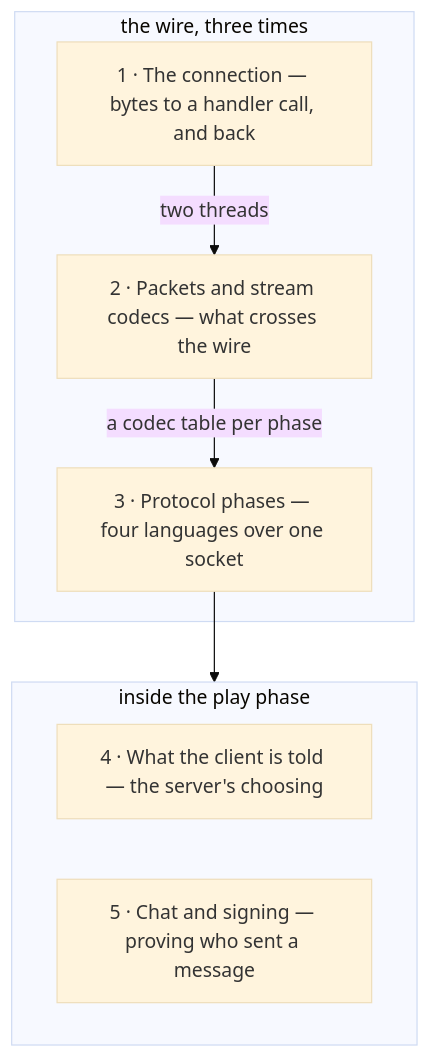
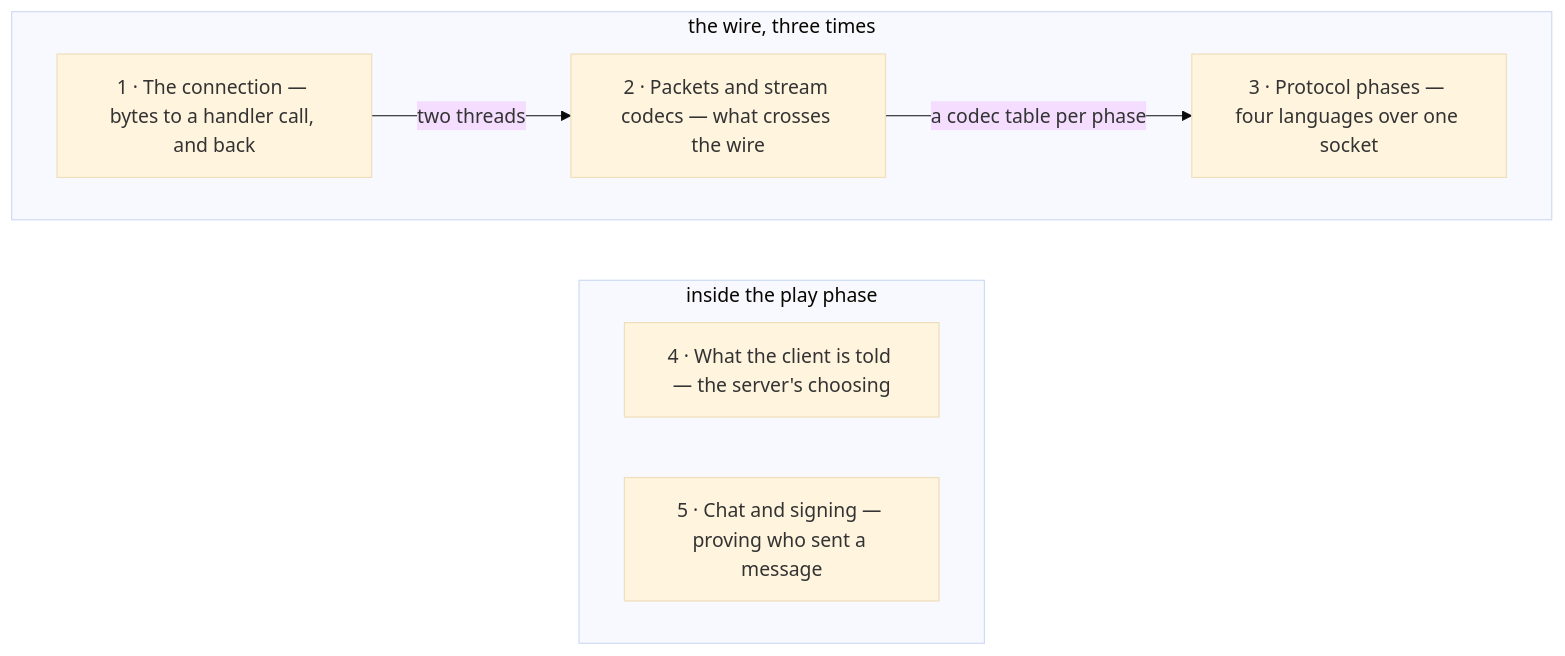
The diagram in src/systems/networking/README.md (AlexanderjFraser/MinecraftDocs), drawn with Mermaid (base theme) before and after one commit. The commit also changed other lines of this file and 55 other files, not shown here.

First line of the commit message:
pass 7, session O — the close, before K: the figure gate strict, the landing figures read as one set, and one strike in thirty not borne out

````diff
--- a/src/systems/networking/README.md
+++ b/src/systems/networking/README.md
@@ -29,15 +29,15 @@
 ```mermaid
 flowchart TD
     subgraph W["the wire, three times"]
       TC["1 · The connection — bytes to a handler call, and back"]
       PSC["2 · Packets and stream codecs — what crosses the wire"]
       PP["3 · Protocol phases — four languages over one socket"]
     end
     subgraph A["inside the play phase"]
       WCT["4 · What the client is told — the server's choosing"]
       CS["5 · Chat and signing — proving who sent a message"]
     end
     TC -- "two threads" --> PSC
     PSC -- "a codec table per phase" --> PP
-    PP --> A
+    W ~~~ A
 ```
````
